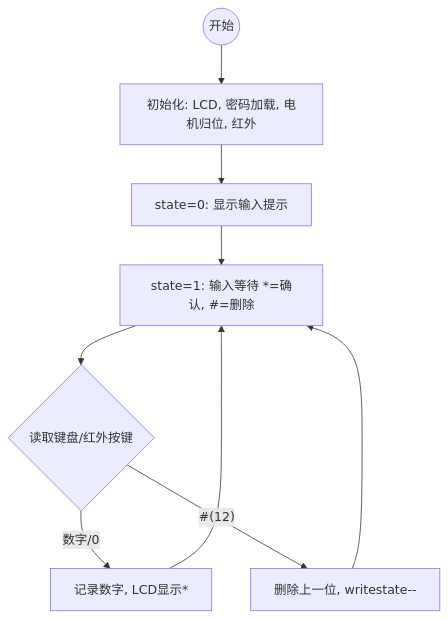
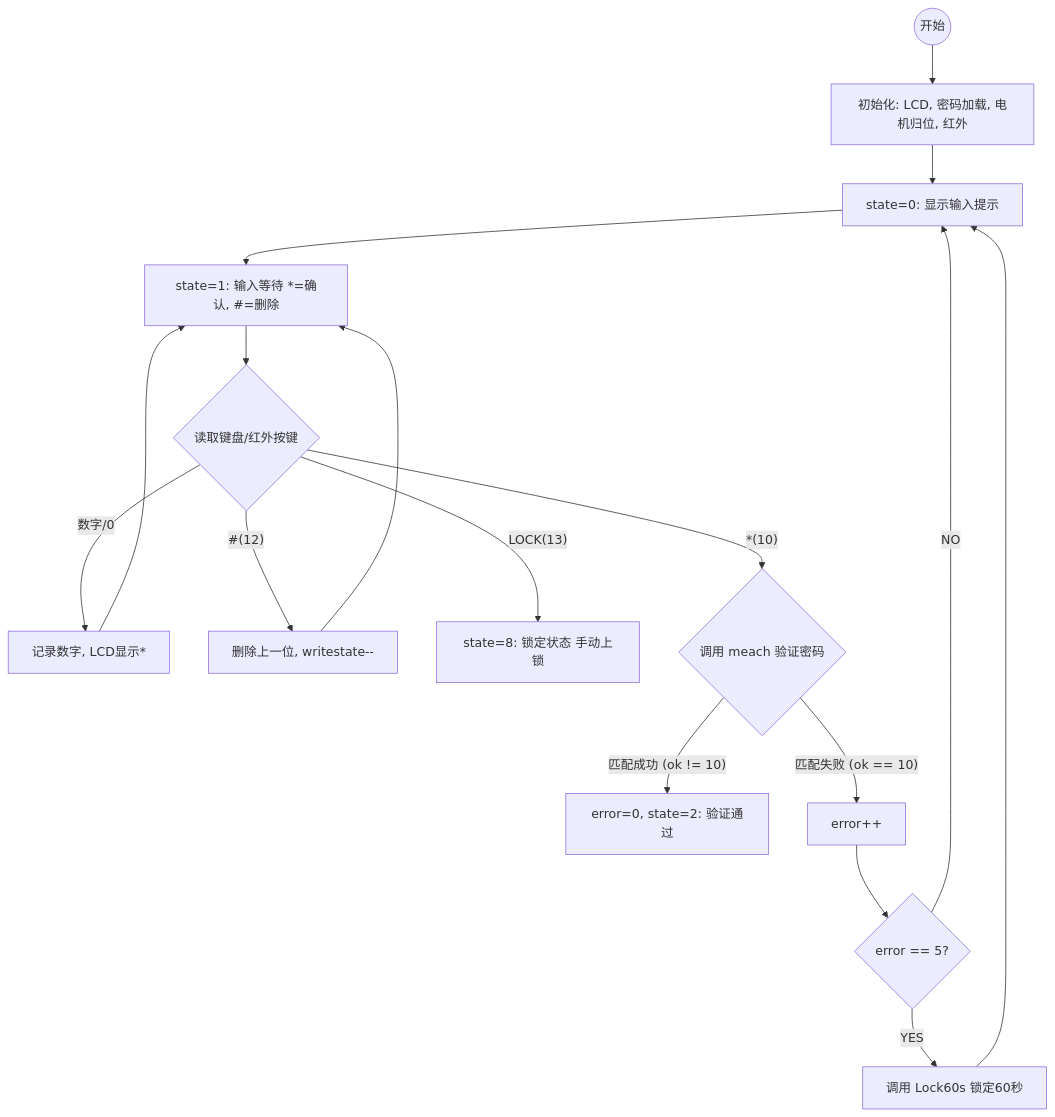
One commit to ksxyh-22/iodraw-files changed the diagram in all/未命名-1.md. Above: the diagram before and after it, drawn with Mermaid.

Commit message:
2025-10-11 11:02:25 update

````diff
--- a/all/未命名-1.md
+++ b/all/未命名-1.md
@@ -1,19 +1,34 @@
 ```mermaid
 graph TD
     %% 状态机主流程
     START((开始)) --> INIT[初始化: LCD, 密码加载, 电机归位, 红外];
     INIT --> S0[state=0: 显示输入提示];
 
     %% 状态 1: 密码输入与验证
     S0 --> S1[state=1: 输入等待 *=确认, #=删除];
     
     S1 --> INPUT{读取键盘/红外按键};
     
     INPUT -- 数字/0 --> DIGIT[记录数字, LCD显示*];
     DIGIT --> S1;
 
     INPUT -- #(12) --> DELETE[删除上一位, writestate--];
     DELETE --> S1;
 
+    INPUT -- LOCK(13) --> S8[state=8: 锁定状态 手动上锁];
+    
+    INPUT -- *(10) --> VERIFY{调用 meach 验证密码};
+    
+    VERIFY -- 匹配成功 (ok != 10) --> S2_SUCCESS[error=0, state=2: 验证通过];
+    
+    VERIFY -- 匹配失败 (ok == 10) --> ERROR_COUNT[error++];
+    
+    ERROR_COUNT --> CHECK_ERRORS{error == 5?};
+    
+    CHECK_ERRORS -- NO --> S0;
+
+    CHECK_ERRORS -- YES --> LOCK_60s[调用 Lock60s 锁定60秒];
+    LOCK_60s --> S0;
+
     
 ```
````
